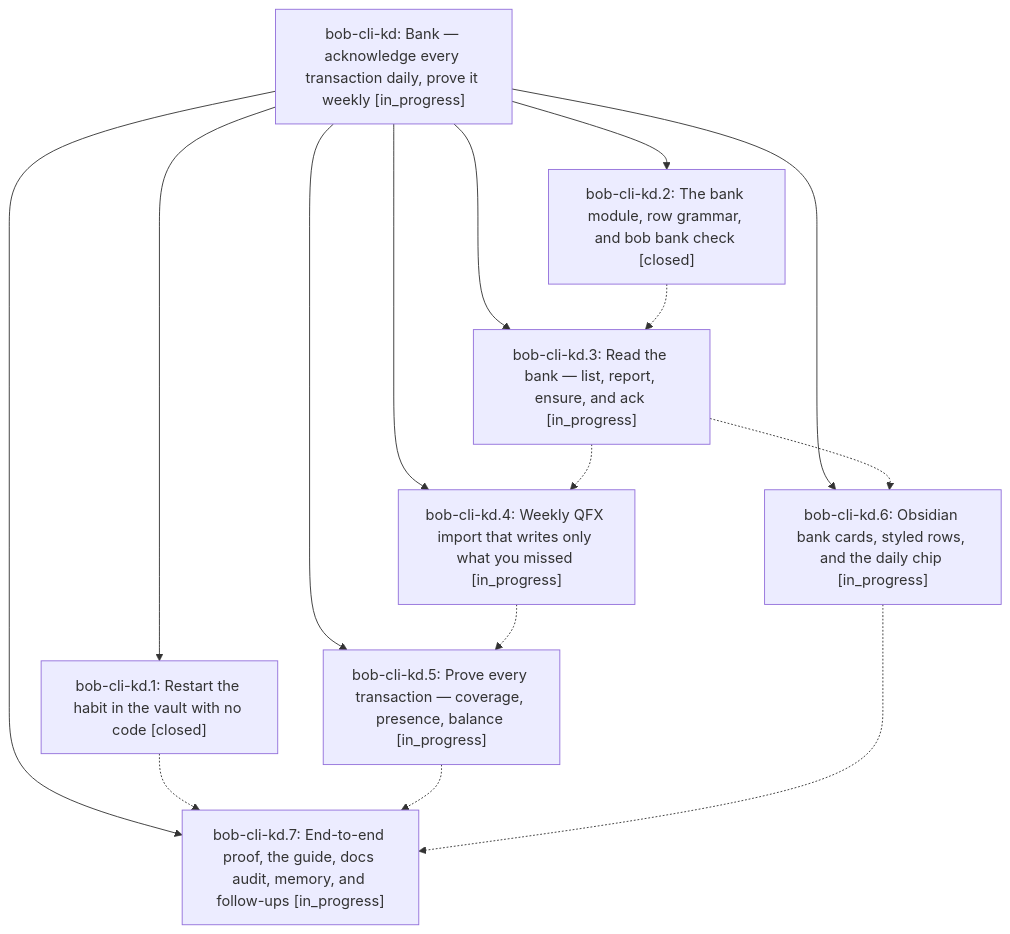
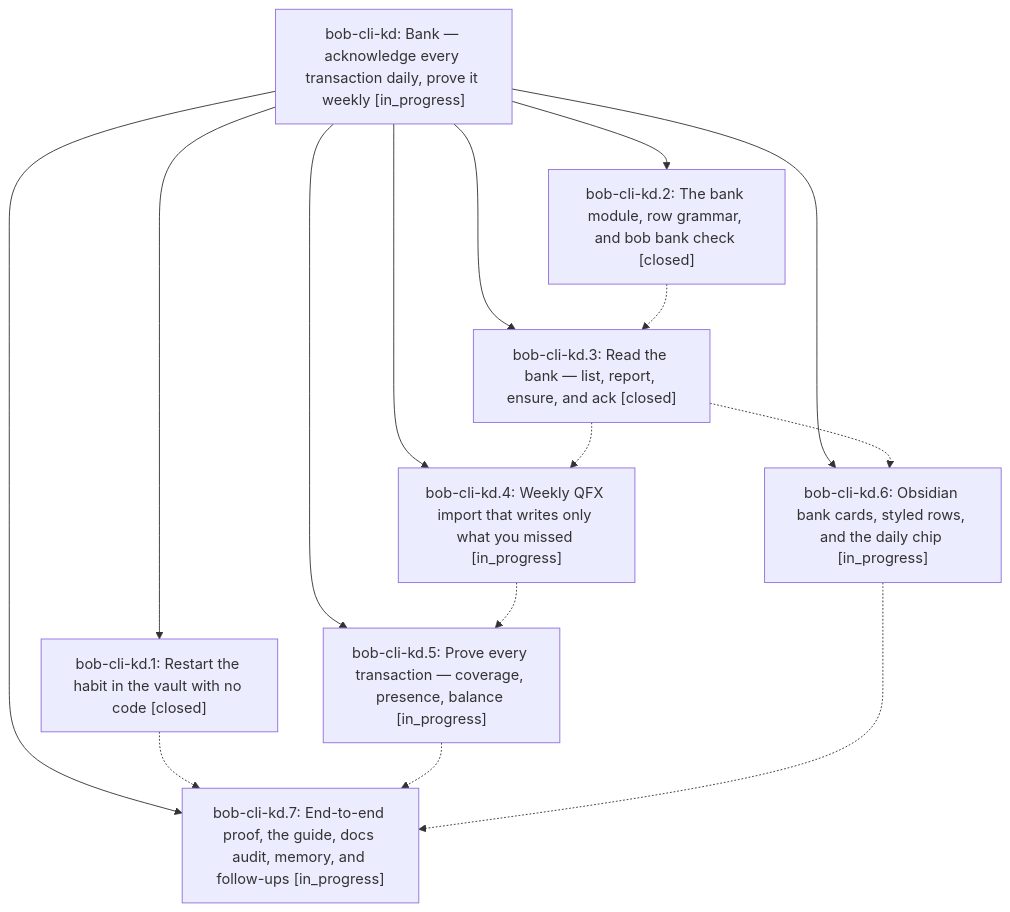
Before and after one commit to bobs-org/bob-cli--beads: the diagram in pages/bob-cli-kd/README.md, drawn with Mermaid. The commit also changed other lines of this file and 4 other files, not shown here.

First line of the commit message:
chore(beads): sync bead state and pages for bob-cli-kd

````diff
--- a/pages/bob-cli-kd/README.md
+++ b/pages/bob-cli-kd/README.md
@@ -40,25 +40,25 @@
 ```mermaid
 flowchart TD
     n0["bob-cli-kd: Bank — acknowledge every transaction daily, prove it weekly [in_progress]"]
     n1["bob-cli-kd.1: Restart the habit in the vault with no code [closed]"]
     n2["bob-cli-kd.2: The bank module, row grammar, and bob bank check [closed]"]
-    n3["bob-cli-kd.3: Read the bank — list, report, ensure, and ack [in_progress]"]
+    n3["bob-cli-kd.3: Read the bank — list, report, ensure, and ack [closed]"]
     n4["bob-cli-kd.4: Weekly QFX import that writes only what you missed [in_progress]"]
     n5["bob-cli-kd.5: Prove every transaction — coverage, presence, balance [in_progress]"]
     n6["bob-cli-kd.6: Obsidian bank cards, styled rows, and the daily chip [in_progress]"]
     n7["bob-cli-kd.7: End-to-end proof, the guide, docs audit, memory, and follow-ups [in_progress]"]
     n0 --> n1
     n0 --> n2
     n0 --> n3
     n0 --> n4
     n0 --> n5
     n0 --> n6
     n0 --> n7
     n1 -.-> n7
     n2 -.-> n3
     n3 -.-> n4
     n3 -.-> n6
     n4 -.-> n5
     n5 -.-> n7
     n6 -.-> n7
 ```
````
